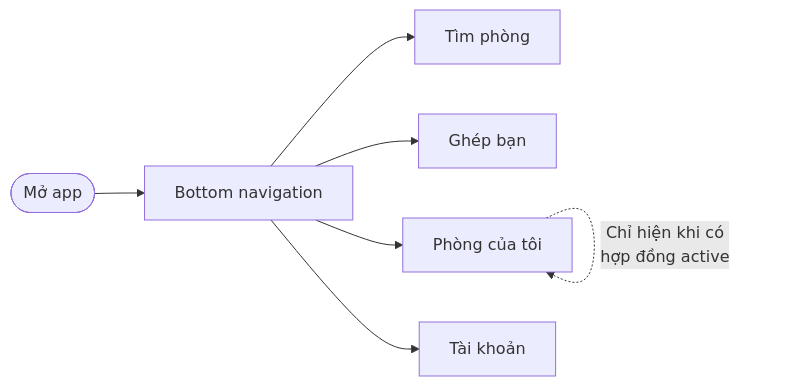
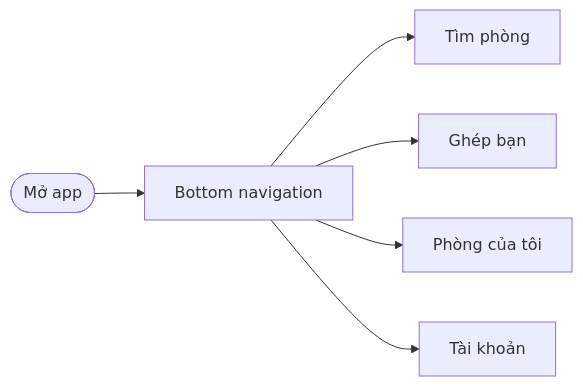
The first of 17 diagrams in phase-1/discovery/user_flow/tenant-user-flow.md (pbl6-home-renter/docs), drawn with Mermaid before and after one commit. The commit also changed other lines of this file and 6 other files, not shown here.

````diff
--- a/phase-1/discovery/user_flow/tenant-user-flow.md
+++ b/phase-1/discovery/user_flow/tenant-user-flow.md
@@ -78,10 +40,8 @@
 ```mermaid
 flowchart LR
     Home(["Mở app"]) --> Nav["Bottom navigation"]
     Nav --> T1["Tìm phòng"]
     Nav --> T2["Ghép bạn"]
     Nav --> T3["Phòng của tôi"]
     Nav --> T4["Tài khoản"]
-
-    T3 -.->|"Chỉ hiện khi có\nhợp đồng active"| T3
 ```
````
